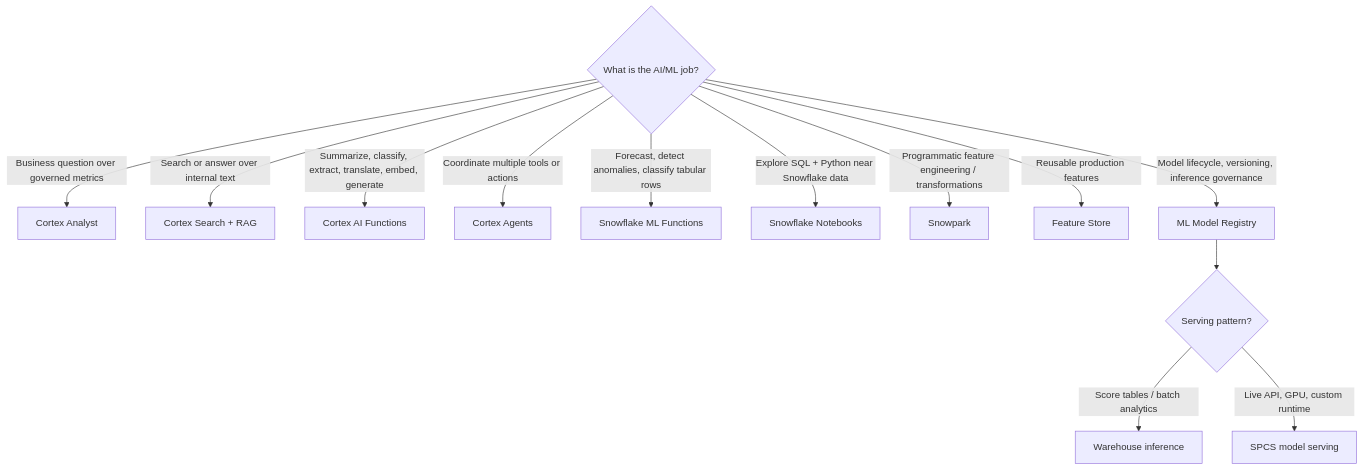
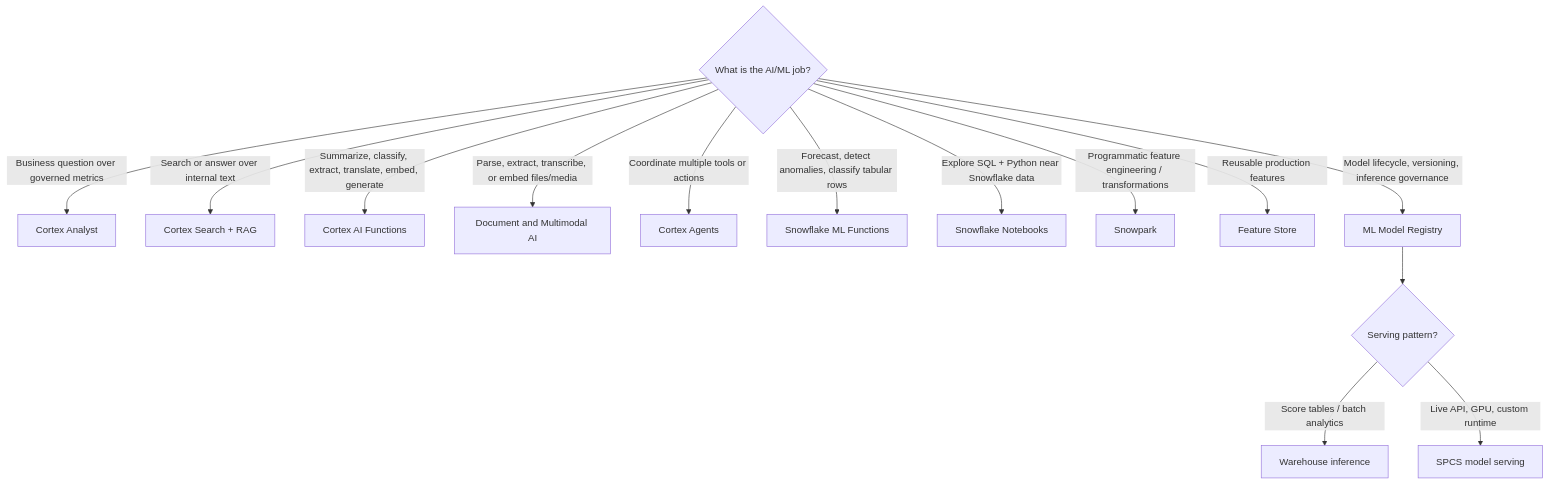
The diagram in 80 Comparisons and Decision Notes/Decision Notes/Decisions - Choosing a Snowflake AI and ML Pattern.md (shonningsoy/Upskill), drawn with Mermaid before and after one commit. The commit also changed other lines of this file and 1 other file, not shown here.

Commit message:
Expand Snowflake document and multimodal AI note

````diff
--- a/80 Comparisons and Decision Notes/Decision Notes/Decisions - Choosing a Snowflake AI and ML Pattern.md
+++ b/80 Comparisons and Decision Notes/Decision Notes/Decisions - Choosing a Snowflake AI and ML Pattern.md
@@ -37,15 +38,16 @@
 ```mermaid
 flowchart TD
     A{What is the AI/ML job?} -->|Business question over governed metrics| B[Cortex Analyst]
     A -->|Search or answer over internal text| S[Cortex Search + RAG]
     A -->|Summarize, classify, extract, translate, embed, generate| C[Cortex AI Functions]
+    A -->|Parse, extract, transcribe, or embed files/media| DM[Document and Multimodal AI]
     A -->|Coordinate multiple tools or actions| J[Cortex Agents]
     A -->|Forecast, detect anomalies, classify tabular rows| M[Snowflake ML Functions]
     A -->|Explore SQL + Python near Snowflake data| D[Snowflake Notebooks]
     A -->|Programmatic feature engineering / transformations| E[Snowpark]
     A -->|Reusable production features| FS[Feature Store]
     A -->|Model lifecycle, versioning, inference governance| F[ML Model Registry]
     F --> G{Serving pattern?}
     G -->|Score tables / batch analytics| H[Warehouse inference]
     G -->|Live API, GPU, custom runtime| I[SPCS model serving]
 ```
````
